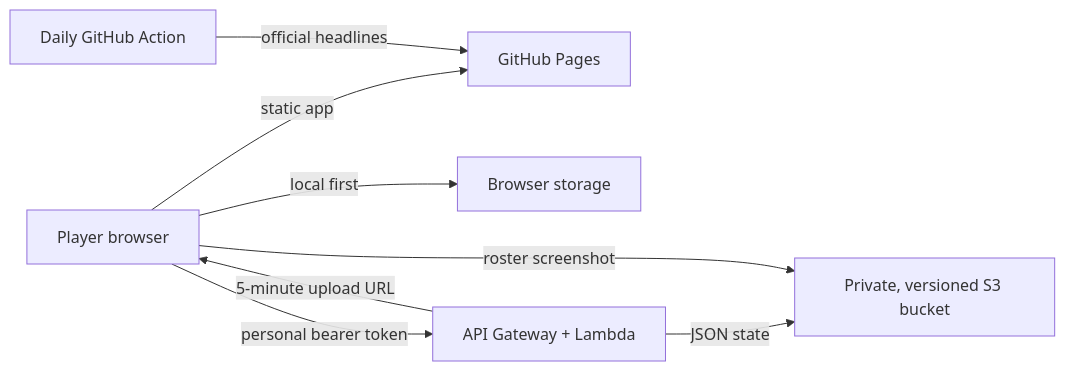
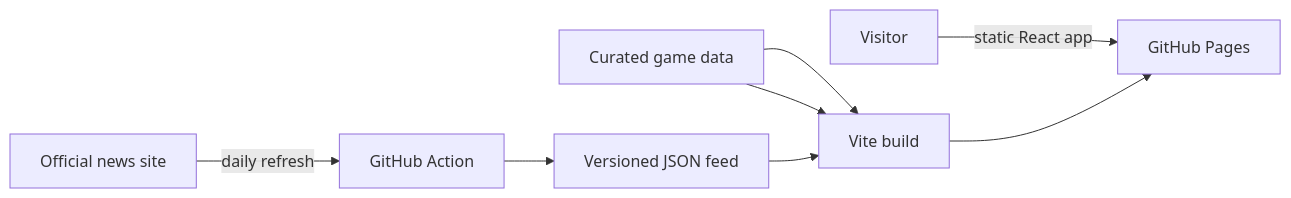
Before and after one commit to corypahl/got-rpg: the diagram in README.md, drawn with Mermaid. The commit also changed other lines of this file and 31 other files, not shown here.

````diff
--- a/README.md
+++ b/README.md
@@ -38,10 +41,10 @@
 ```mermaid
 flowchart LR
-  P["Player browser"] -->|"static app"| G["GitHub Pages"]
-  P -->|"local first"| L["Browser storage"]
-  P -->|"personal bearer token"| A["API Gateway + Lambda"]
-  A -->|"JSON state"| S["Private, versioned S3 bucket"]
-  A -->|"5-minute upload URL"| P
-  P -->|"roster screenshot"| S
-  N["Daily GitHub Action"] -->|"official headlines"| G
+  V["Visitor"] -->|"static React app"| P["GitHub Pages"]
+  C["Curated game data"] --> B["Vite build"]
+  N["Official news site"] -->|"daily refresh"| A["GitHub Action"]
+  A --> F["Versioned JSON feed"]
+  C --> B
+  F --> B
+  B --> P
 ```
````
